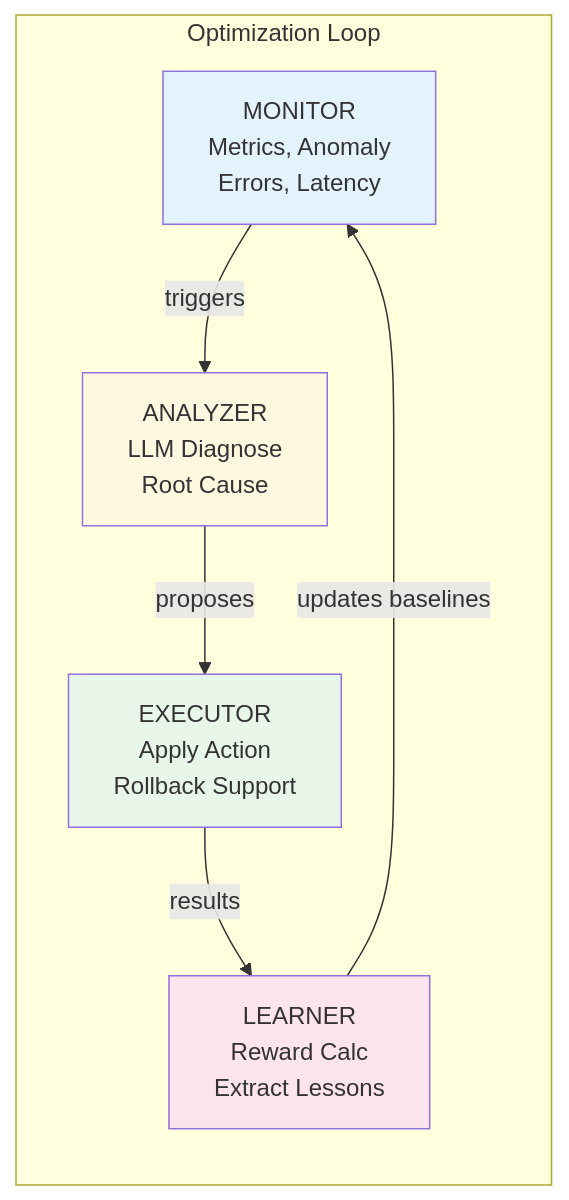
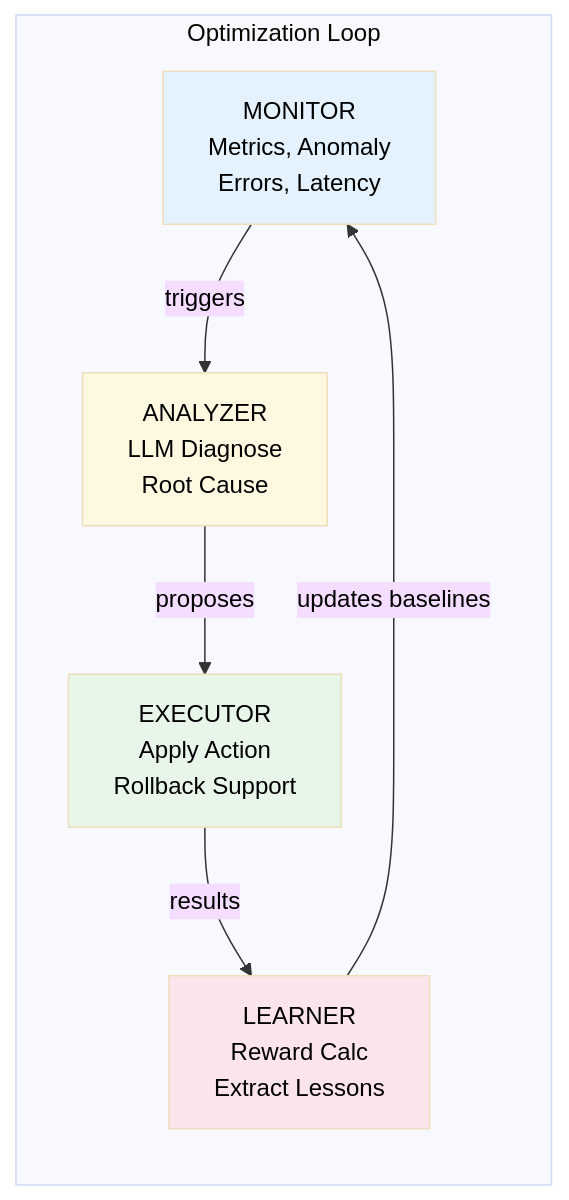
The fifth of 6 diagrams in README.md (quanticsoul4772/mcp-reasoning), drawn with Mermaid before and after one commit. The commit also changed other lines of this file, not shown here.

First line of the commit message:
docs: Fix Mermaid diagram text colors for dark mode readability

````diff
--- a/README.md
+++ b/README.md
@@ -522,19 +525,20 @@
 ```mermaid
+%%{init: {'theme': 'base', 'themeVariables': {'primaryTextColor': '#000', 'secondaryTextColor': '#000', 'lineColor': '#333', 'textColor': '#000'}}}%%
 flowchart LR
     subgraph Loop["Optimization Loop"]
         M["MONITOR<br/>Metrics, Anomaly<br/>Errors, Latency"]
         A["ANALYZER<br/>LLM Diagnose<br/>Root Cause"]
         E["EXECUTOR<br/>Apply Action<br/>Rollback Support"]
         L["LEARNER<br/>Reward Calc<br/>Extract Lessons"]
     end
 
     M -->|"triggers"| A
     A -->|"proposes"| E
     E -->|"results"| L
     L -->|"updates baselines"| M
 
-    style M fill:#e3f2fd
-    style A fill:#fff8e1
-    style E fill:#e8f5e9
-    style L fill:#fce4ec
+    style M fill:#e3f2fd,color:#000
+    style A fill:#fff8e1,color:#000
+    style E fill:#e8f5e9,color:#000
+    style L fill:#fce4ec,color:#000
 ```
````
